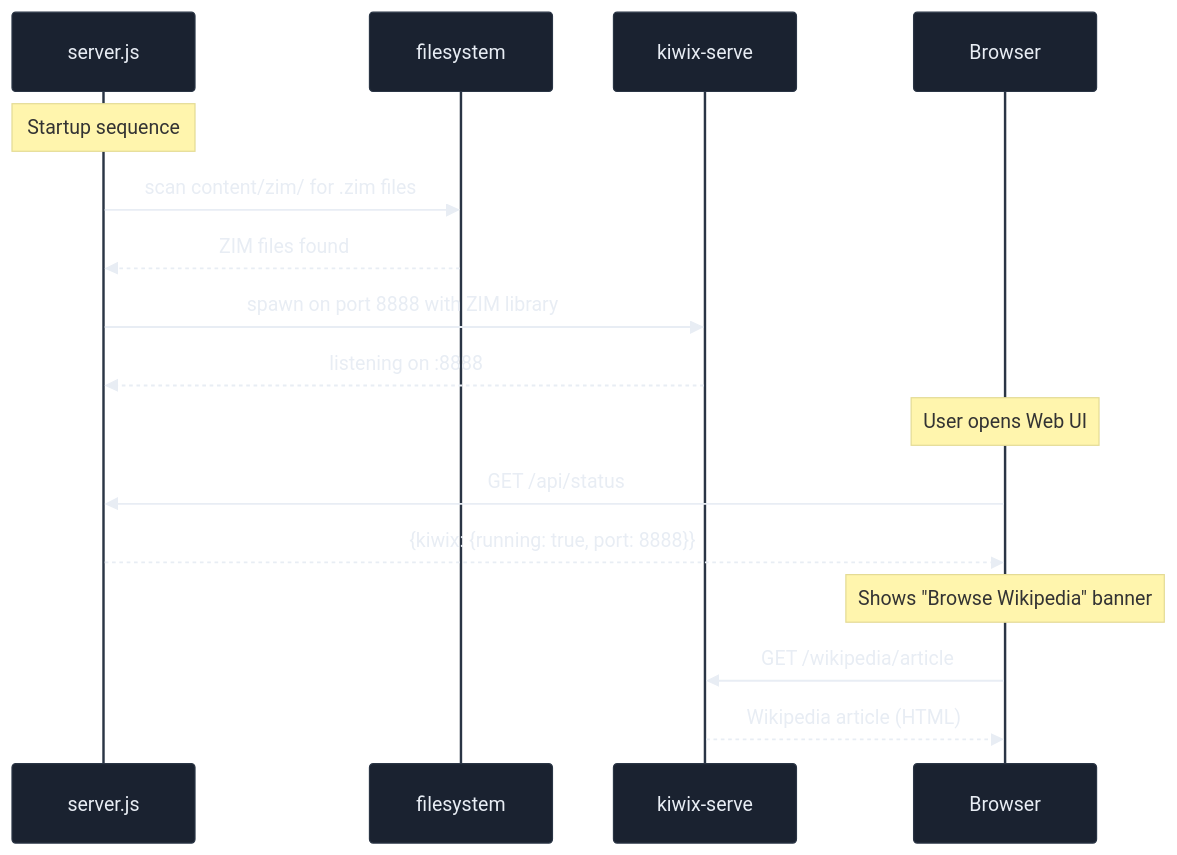
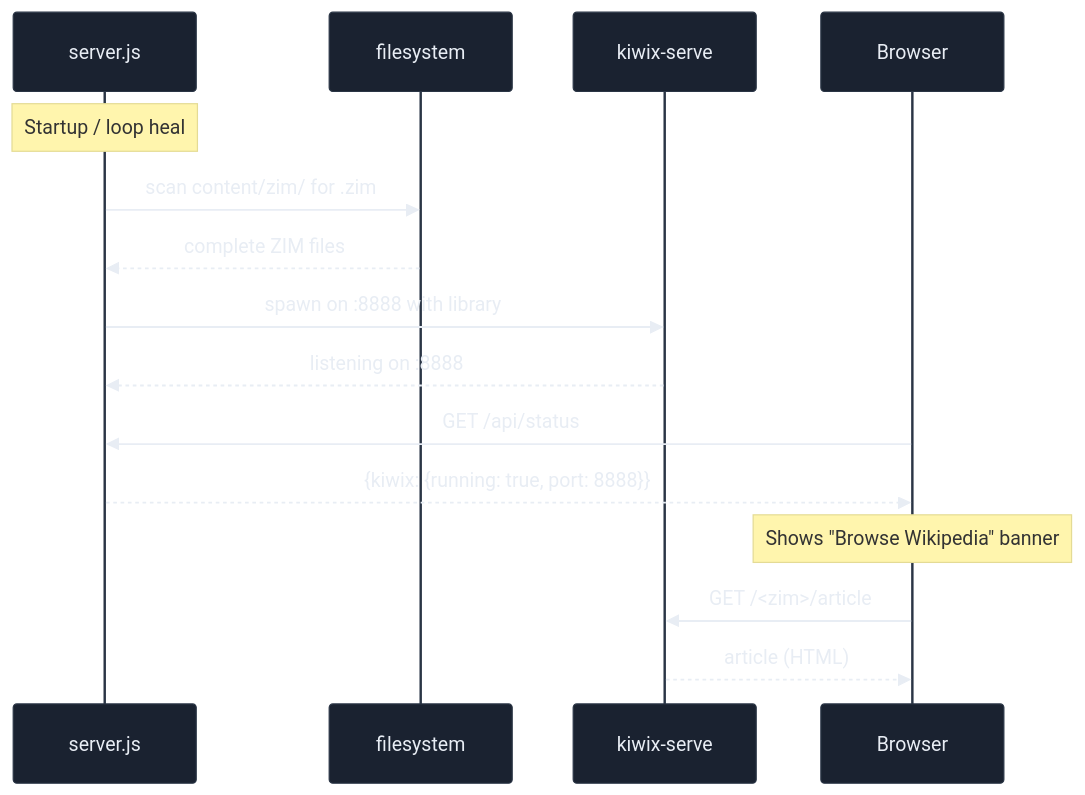
The sixth of 6 diagrams in docs/ARCHITECTURE.md (mvalancy/val-ark), drawn with Mermaid before and after one commit. The commit also changed other lines of this file and 13 other files, not shown here.

````diff
--- a/docs/ARCHITECTURE.md
+++ b/docs/ARCHITECTURE.md
@@ -237,29 +270,28 @@
 ```mermaid
 %%{init: {'theme': 'base', 'themeVariables': {
   'primaryColor': '#1a2230',
   'primaryBorderColor': '#2a3545',
   'primaryTextColor': '#e8edf4',
   'lineColor': '#4da6ff',
   'secondaryColor': '#131921',
   'tertiaryColor': '#0a0e14'
 }}}%%
 sequenceDiagram
     participant server.js
     participant filesystem
     participant kiwix-serve
     participant Browser
 
-    Note over server.js: Startup sequence
-    server.js->>filesystem: scan content/zim/ for .zim files
-    filesystem-->>server.js: ZIM files found
-    server.js->>kiwix-serve: spawn on port 8888 with ZIM library
+    Note over server.js: Startup / loop heal
+    server.js->>filesystem: scan content/zim/ for .zim
+    filesystem-->>server.js: complete ZIM files
+    server.js->>kiwix-serve: spawn on :8888 with library
     kiwix-serve-->>server.js: listening on :8888
 
-    Note over Browser: User opens Web UI
     Browser->>server.js: GET /api/status
     server.js-->>Browser: {kiwix: {running: true, port: 8888}}
     Note over Browser: Shows "Browse Wikipedia" banner
 
-    Browser->>kiwix-serve: GET /wikipedia/article
-    kiwix-serve-->>Browser: Wikipedia article (HTML)
+    Browser->>kiwix-serve: GET /<zim>/article
+    kiwix-serve-->>Browser: article (HTML)
 ```
````
